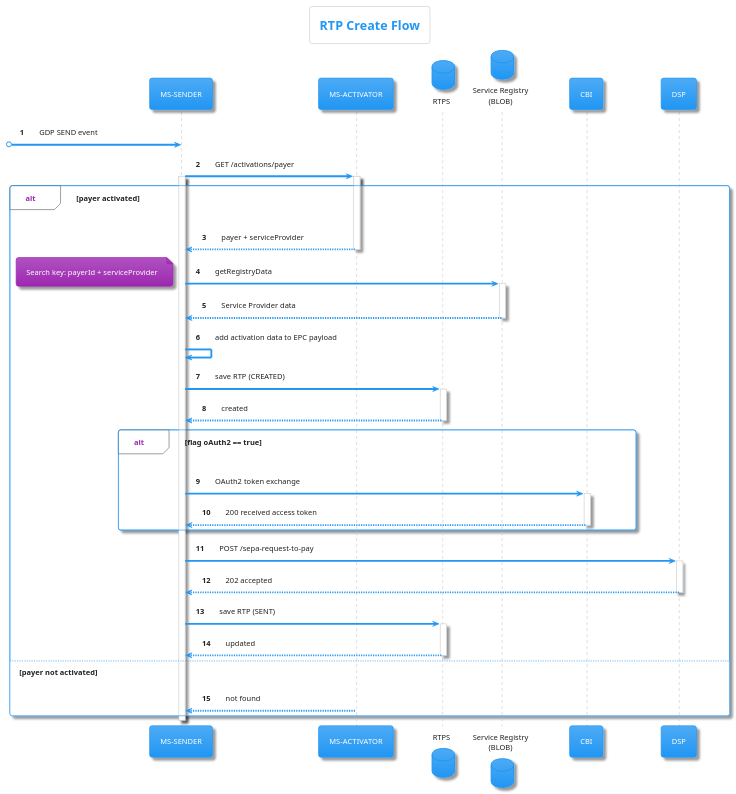
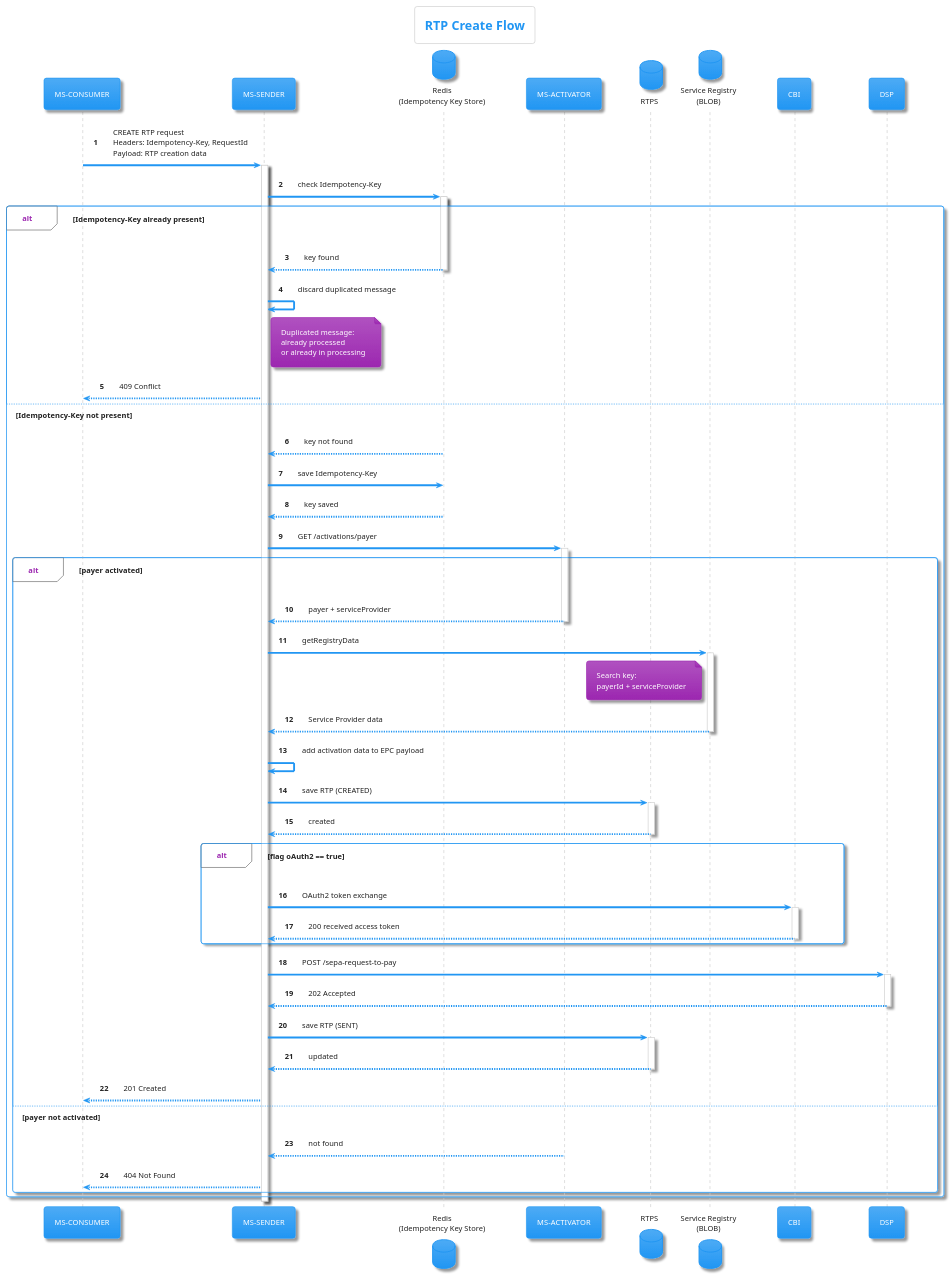
One commit to pagopa/rtp-docs changed the diagram in diagrams/create-rtp.puml. Above: the diagram before and after it, drawn with PlantUML. The commit also changed 11 other files, not shown here.

First line of the commit message:
feat: [SRTP-1566] Introduce idempotency handling for GDP message processing (#39)

```diff
--- a/diagrams/create-rtp.puml
+++ b/diagrams/create-rtp.puml
@@ -1,69 +1,95 @@
 @startuml
 ' PlantUML Diagram for RTP Send API
 ' Title: Detailed RTP Send Sequence Diagram
 ' Version: 2.0.0
-' Description: This diagram shows the detailed internal process for sending
-'              an RTP after GDP operation validation.
 
 !theme materia
 
 title RTP Create Flow
 
+participant "MS-CONSUMER" as CONSUMER
 participant "MS-SENDER" as SENDER
+database "Redis\n(Idempotency Key Store)" as REDIS
 participant "MS-ACTIVATOR" as GR
 database "RTPS" as SRTP
 database "Service Registry\n(BLOB)" as SR
 participant "CBI" as CBI
 participant "DSP" as DSP
 
 autonumber
 
-[o-> SENDER: GDP SEND event
+CONSUMER -> SENDER: CREATE RTP request\nHeaders: Idempotency-Key, RequestId\nPayload: RTP creation data
+activate SENDER
 
-SENDER -> GR: GET /activations/payer
-activate SENDER
-activate GR
+SENDER -> REDIS: check Idempotency-Key
+activate REDIS
 
-alt payer activated
-    GR --> SENDER: payer + serviceProvider
-    deactivate GR
+alt Idempotency-Key already present
+    REDIS --> SENDER: key found
+    deactivate REDIS
+    SENDER -> SENDER: discard duplicated message
+    note right of SENDER
+      Duplicated message:
+      already processed
+      or already in processing
+    end note
+    SENDER --> CONSUMER: 409 Conflict
 
+else Idempotency-Key not present
+    REDIS --> SENDER: key not found
+    SENDER -> REDIS: save Idempotency-Key
+    REDIS --> SENDER: key saved
+    deactivate REDIS
 
-    SENDER -> SR: getRegistryData
-    activate SR
-    note left: Search key: payerId + serviceProvider
-    SR --> SENDER: Service Provider data
-    deactivate SR
+    SENDER -> GR: GET /activations/payer
+    activate GR
 
-    SENDER -> SENDER: add activation data to EPC payload
+    alt payer activated
+        GR --> SENDER: payer + serviceProvider
+        deactivate GR
 
-    SENDER -> SRTP: save RTP (CREATED)
-    activate SRTP
-    SRTP --> SENDER: created
-    deactivate SRTP
+        SENDER -> SR: getRegistryData
+        activate SR
+        note left of SR
+          Search key:
+          payerId + serviceProvider
+        end note
+        SR --> SENDER: Service Provider data
+        deactivate SR
 
-    alt flag oAuth2 == true
-        SENDER -> CBI: OAuth2 token exchange
-        activate CBI
-        CBI --> SENDER: 200 received access token
-        deactivate CBI
+        SENDER -> SENDER: add activation data to EPC payload
+
+        SENDER -> SRTP: save RTP (CREATED)
+        activate SRTP
+        SRTP --> SENDER: created
+        deactivate SRTP
+
+        alt flag oAuth2 == true
+            SENDER -> CBI: OAuth2 token exchange
+            activate CBI
+            CBI --> SENDER: 200 received access token
+            deactivate CBI
+        end
+
+        SENDER -> DSP: POST /sepa-request-to-pay
+        activate DSP
+        DSP --> SENDER: 202 Accepted
+        deactivate DSP
+
+        SENDER -> SRTP: save RTP (SENT)
+        activate SRTP
+        SRTP --> SENDER: updated
+        deactivate SRTP
+
+        SENDER --> CONSUMER: 201 Created
+
+    else payer not activated
+        GR --> SENDER: not found
+        deactivate GR
+        SENDER --> CONSUMER: 404 Not Found
     end
-
-    SENDER -> DSP: POST /sepa-request-to-pay
-    activate DSP
-    DSP --> SENDER: 202 accepted
-    deactivate DSP
-
-    SENDER -> SRTP: save RTP (SENT)
-    activate SRTP
-    SRTP --> SENDER: updated
-    deactivate SRTP
-
-else payer not activated
-    GR --> SENDER: not found
 end
-
 
 deactivate SENDER
 
 @enduml
```
